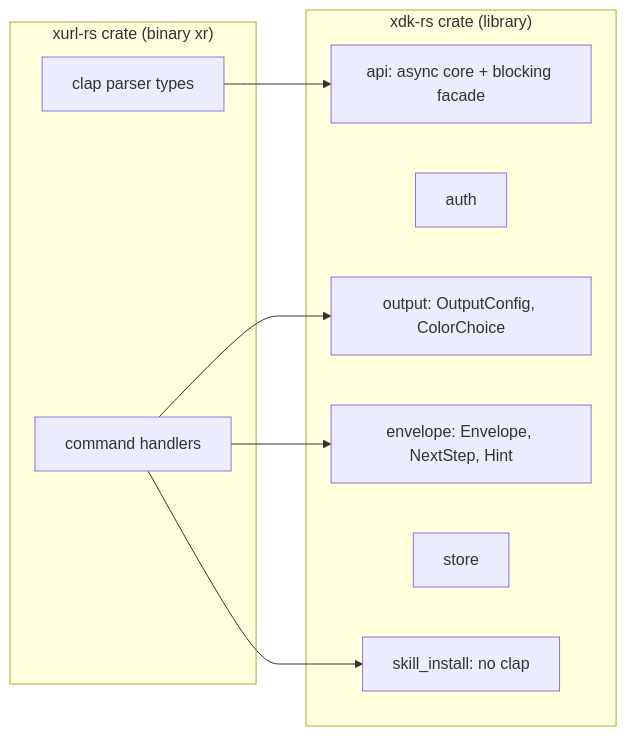
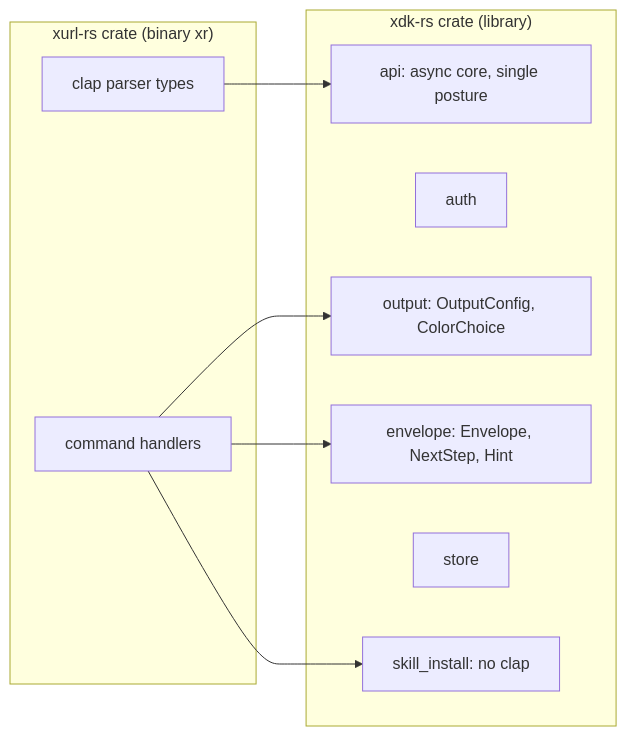
One commit to brettdavies/xurl-rs changed the second of 3 diagrams in docs/plans/2026-09-15-2343-refactor-adoption-grade-crate-plan.md. Above: the diagram before and after it, drawn with Mermaid. The commit also changed other lines of this file, not shown here.

````diff
--- a/docs/plans/2026-09-15-2343-refactor-adoption-grade-crate-plan.md
+++ b/docs/plans/2026-09-15-2343-refactor-adoption-grade-crate-plan.md
@@ -225,19 +255,19 @@
 ```mermaid
 graph LR
     subgraph libc["xdk-rs crate (library)"]
-        api2[api: async core + blocking facade]
+        api2[api: async core, single posture]
         auth2[auth]
         output2[output: OutputConfig, ColorChoice]
         envelope2[envelope: Envelope, NextStep, Hint]
         store2[store]
         skill2[skill_install: no clap]
     end
     subgraph binc["xurl-rs crate (binary xr)"]
         parser2[clap parser types]
         cmds[command handlers]
     end
     parser2 --> api2
     cmds --> output2
     cmds --> envelope2
     cmds --> skill2
 ```
````
